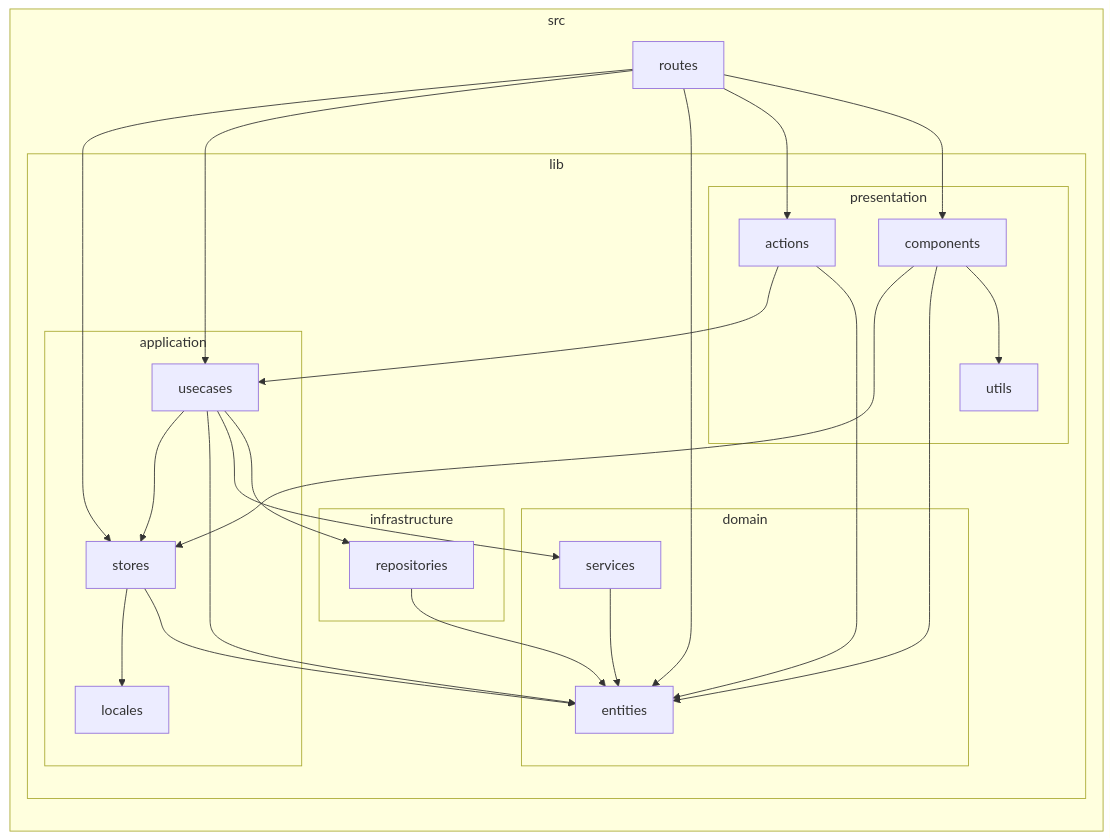
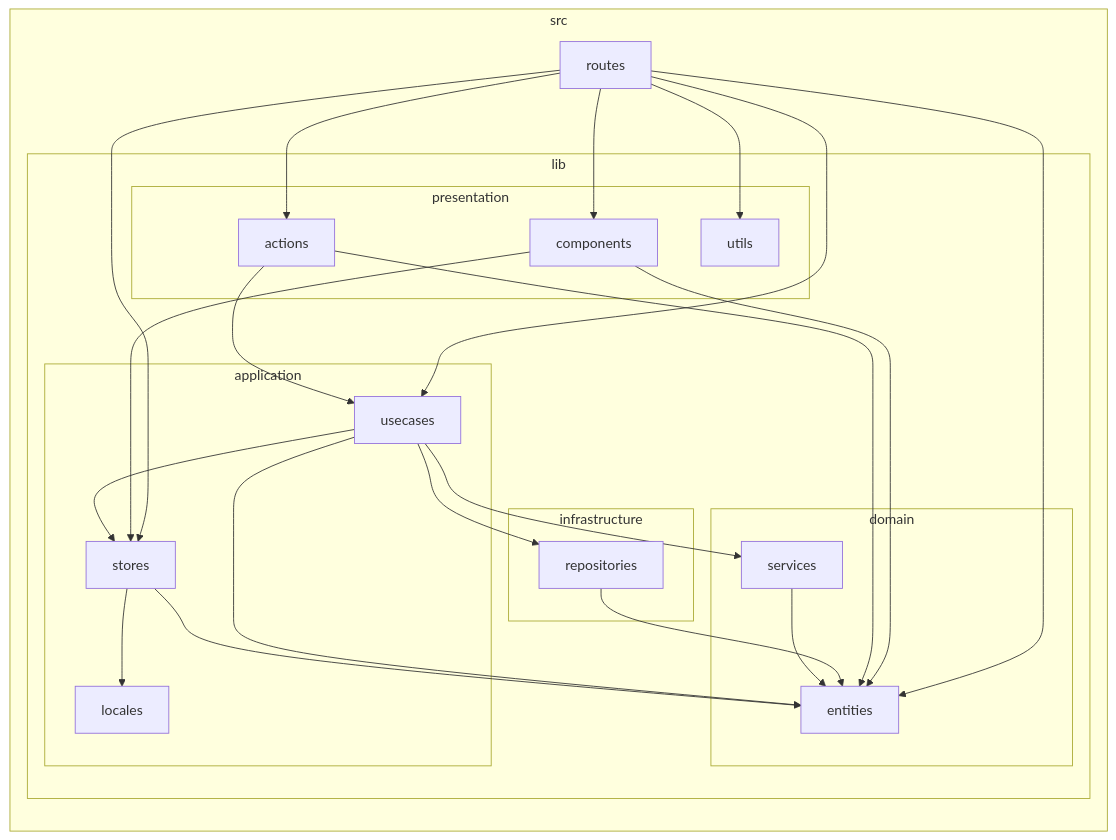
One commit to k5n/kotonoha changed the second of 2 diagrams in doc/dependency-graph.md. Above: the diagram before and after it, drawn with Mermaid. The commit also changed other lines of this file and 29 other files, not shown here.

````diff
--- a/doc/dependency-graph.md
+++ b/doc/dependency-graph.md
@@ -497,43 +503,43 @@
 ```mermaid
 graph LR
         subgraph "src"
             src_routes["routes"]
             subgraph "lib"
                 subgraph "application"
                     src_lib_application_locales["locales"]
                     src_lib_application_stores["stores"]
                     src_lib_application_usecases["usecases"]
                 end
                 subgraph "domain"
                     src_lib_domain_entities["entities"]
                     src_lib_domain_services["services"]
                 end
                 subgraph "infrastructure"
                     src_lib_infrastructure_repositories["repositories"]
                 end
                 subgraph "presentation"
                     src_lib_presentation_actions["actions"]
                     src_lib_presentation_components["components"]
                     src_lib_presentation_utils["utils"]
                 end
             end
         end
     src_lib_application_stores --> src_lib_application_locales
     src_lib_application_stores --> src_lib_domain_entities
     src_lib_application_usecases --> src_lib_application_stores
     src_lib_application_usecases --> src_lib_domain_entities
     src_lib_application_usecases --> src_lib_domain_services
     src_lib_application_usecases --> src_lib_infrastructure_repositories
     src_lib_domain_services --> src_lib_domain_entities
     src_lib_infrastructure_repositories --> src_lib_domain_entities
     src_lib_presentation_actions --> src_lib_application_usecases
     src_lib_presentation_actions --> src_lib_domain_entities
     src_lib_presentation_components --> src_lib_application_stores
     src_lib_presentation_components --> src_lib_domain_entities
-    src_lib_presentation_components --> src_lib_presentation_utils
     src_routes --> src_lib_application_stores
     src_routes --> src_lib_application_usecases
     src_routes --> src_lib_domain_entities
     src_routes --> src_lib_presentation_actions
     src_routes --> src_lib_presentation_components
+    src_routes --> src_lib_presentation_utils
 ```
````
